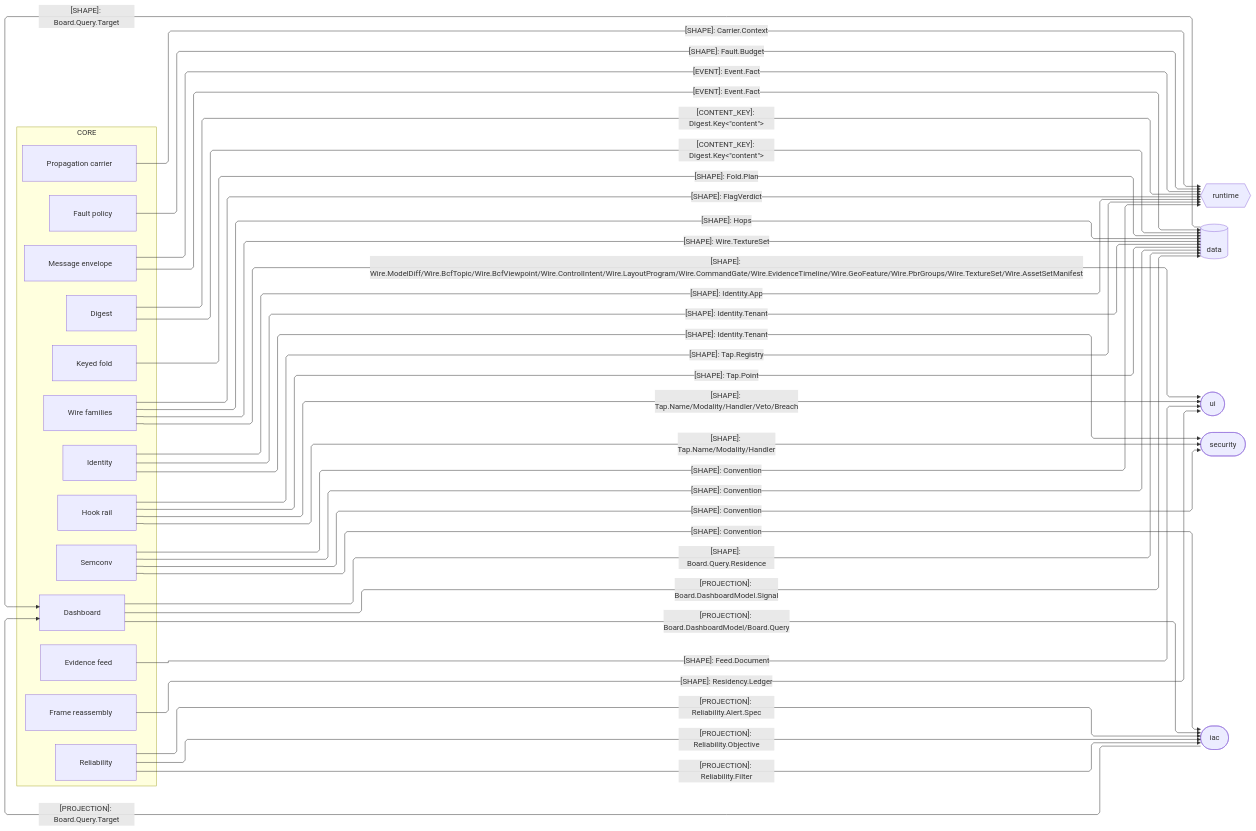
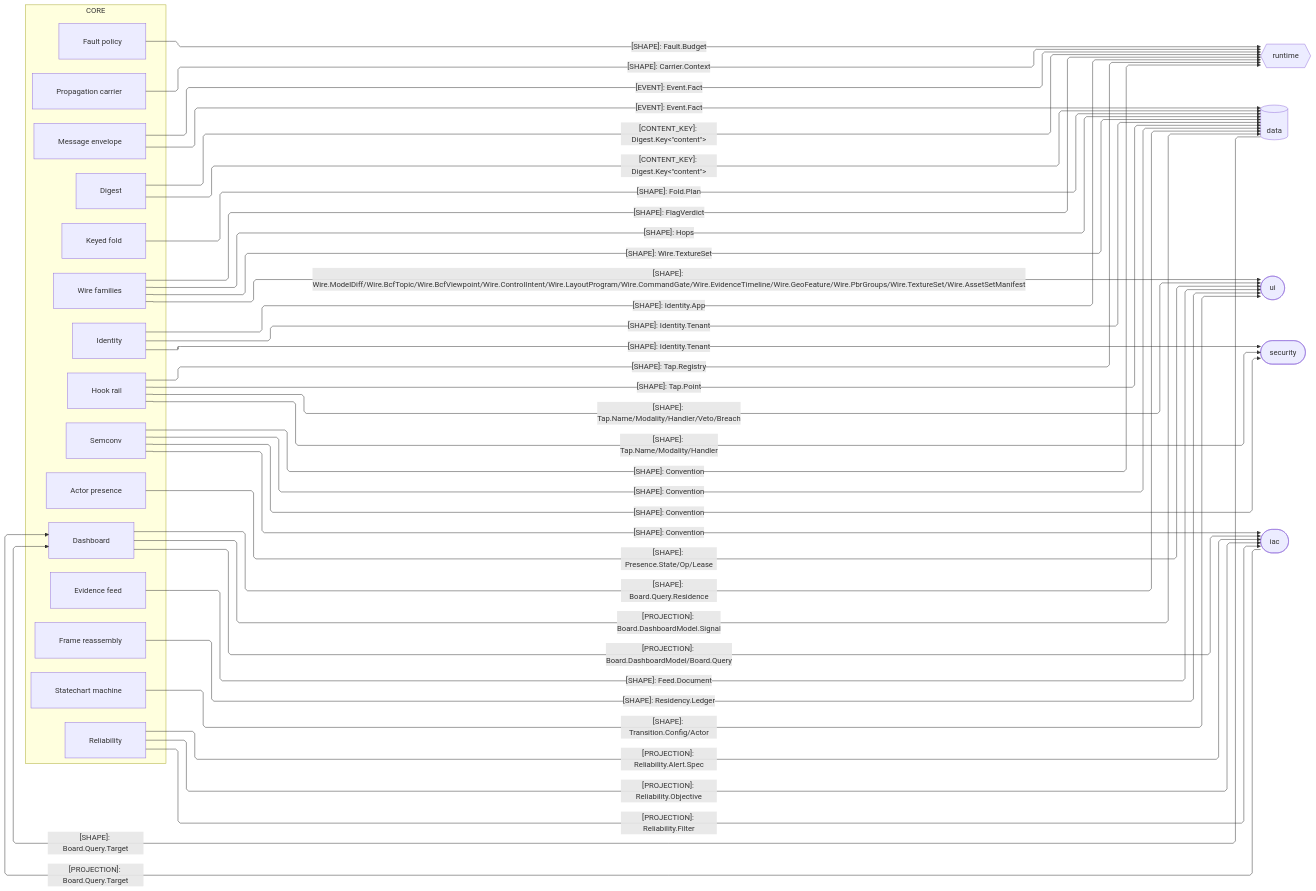
The third of 4 diagrams in libs/typescript/core/ARCHITECTURE.md (bsamiee/Rasm), drawn with Mermaid before and after one commit. The commit also changed 44 other files, not shown here.

````diff
--- a/libs/typescript/core/ARCHITECTURE.md
+++ b/libs/typescript/core/ARCHITECTURE.md
@@ -175,64 +175,68 @@
 ```mermaid
 ---
 config:
   layout: elk
   flowchart:
     curve: linear
     padding: 25
 ---
 flowchart LR
     accTitle: Core TypeScript sibling seam registry
     accDescr: Core sends value, state, wire, observe, and carrier shapes; data and IaC return Board.Query targets.
     subgraph core[CORE]
         Digest[Digest]
         Wire[Wire families]
         Frame[Frame reassembly]
         Fold[Keyed fold]
         Feed[Evidence feed]
         Identity[Identity]
         Fault[Fault policy]
         Convention[Semconv]
         Reliability[Reliability]
         Board[Dashboard]
         Tap[Hook rail]
         Carrier[Propagation carrier]
         Event[Message envelope]
+        Transition[Statechart machine]
+        Presence[Actor presence]
     end
     Runtime{{runtime}}
     Data[(data)]
     Ui([ui])
     Security([security])
     Iac([iac])
     Digest e1@-->|"[CONTENT_KEY]: Digest.Key&lt;&quot;content&quot;&gt;"| Data
     Digest e2@-->|"[CONTENT_KEY]: Digest.Key&lt;&quot;content&quot;&gt;"| Runtime
     Wire e3@-->|"[SHAPE]: FlagVerdict"| Runtime
     Fold e4@-->|"[SHAPE]: Fold.Plan"| Data
     Feed e5@-->|"[SHAPE]: Feed.Document"| Ui
     Identity e6@-->|"[SHAPE]: Identity.Tenant"| Security
     Identity e7@-->|"[SHAPE]: Identity.Tenant"| Data
     Identity e8@-->|"[SHAPE]: Identity.App"| Runtime
     Fault e9@-->|"[SHAPE]: Fault.Budget"| Runtime
     Convention e10@-->|"[SHAPE]: Convention"| Runtime
     Convention e12@-->|"[SHAPE]: Convention"| Data
     Convention e13@-->|"[SHAPE]: Convention"| Security
     Convention e22@-->|"[SHAPE]: Convention"| Iac
     Board e11@-->|"[PROJECTION]: Board.DashboardModel/Board.Query"| Iac
     Reliability e14@-->|"[PROJECTION]: Reliability.Alert.Spec"| Iac
     Frame e15@-->|"[SHAPE]: Residency.Ledger"| Ui
     Wire e21@-->|"[SHAPE]: Wire.ModelDiff/Wire.BcfTopic/Wire.BcfViewpoint/Wire.ControlIntent/Wire.LayoutProgram/Wire.CommandGate/Wire.EvidenceTimeline/Wire.GeoFeature/Wire.PbrGroups/Wire.TextureSet/Wire.AssetSetManifest"| Ui
     Reliability e16@-->|"[PROJECTION]: Reliability.Objective"| Iac
     Reliability e29@-->|"[PROJECTION]: Reliability.Filter"| Iac
     Tap e17@-->|"[SHAPE]: Tap.Registry"| Runtime
     Carrier e18@-->|"[SHAPE]: Carrier.Context"| Runtime
     Tap e19@-->|"[SHAPE]: Tap.Point"| Data
     Tap e20@-->|"[SHAPE]: Tap.Name/Modality/Handler/Veto/Breach"| Ui
     Tap e23@-->|"[SHAPE]: Tap.Name/Modality/Handler"| Security
     Board e24@-->|"[SHAPE]: Board.Query.Residence"| Data
     Wire e25@-->|"[SHAPE]: Hops"| Data
     Wire e32@-->|"[SHAPE]: Wire.TextureSet"| Data
     Data e26@-->|"[SHAPE]: Board.Query.Target"| Board
     Board e27@-->|"[PROJECTION]: Board.DashboardModel.Signal"| Data
     Iac e28@-->|"[PROJECTION]: Board.Query.Target"| Board
     Event e30@-->|"[EVENT]: Event.Fact"| Data
     Event e31@-->|"[EVENT]: Event.Fact"| Runtime
+    Transition e33@-->|"[SHAPE]: Transition.Config/Actor"| Ui
+    Presence e34@-->|"[SHAPE]: Presence.State/Op/Lease"| Ui
 ```
````
